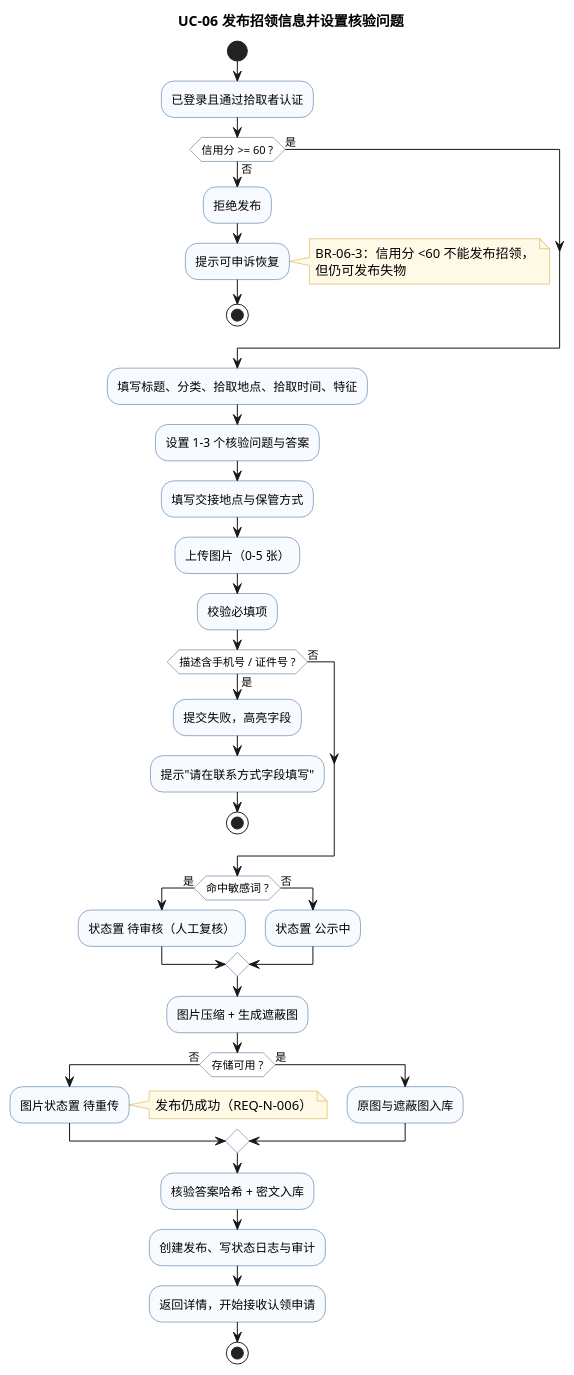
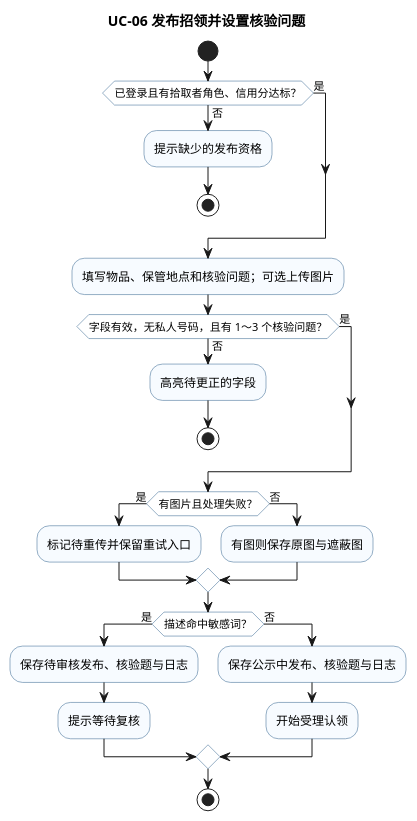
The diagram in models/sequence/act-uc06-publish-found.puml (phao90016-jpg/Tongji-campus-lost-found), drawn with PlantUML before and after one commit. The commit also changed 30 other files, not shown here.

Commit message:
docs: 修正用例图和通知时序图

```diff
--- a/models/sequence/act-uc06-publish-found.puml
+++ b/models/sequence/act-uc06-publish-found.puml
@@ -1,69 +1,37 @@
 @startuml act-uc06-publish-found
-' ============================================================
-' UC-06 发布招领信息并设置核验问题 · 活动图
-' 对应 SRS §4.1
-' ============================================================
-title UC-06 发布招领信息并设置核验问题
-
-skinparam defaultFontName "Microsoft YaHei"
+title UC-06 发布招领并设置核验问题
+skinparam defaultFontName "PingFang SC"
 skinparam shadowing false
 skinparam activity {
   BackgroundColor #F7FBFF
   BorderColor #2C5F8A
   DiamondBackgroundColor #FFFFFF
 }
-skinparam note {
-  BackgroundColor #FFF9E6
-  BorderColor #C9A227
-}
 
 start
 
-:已登录且通过拾取者认证;
-
-if (信用分 >= 60 ?) then (否)
-  :拒绝发布;
-  :提示可申诉恢复;
-  note right
-    BR-06-3：信用分 <60 不能发布招领，
-    但仍可发布失物
-  end note
+if (已登录且有拾取者角色、信用分达标？) then (是)
+else (否)
+  :提示缺少的发布资格;
   stop
-else (是)
 endif
-
-:填写标题、分类、拾取地点、拾取时间、特征;
-:设置 1–3 个核验问题与答案;
-:填写交接地点与保管方式;
-:上传图片（0–5 张）;
-
-:校验必填项;
-
-if (描述含手机号 / 证件号 ?) then (是)
-  :提交失败，高亮字段;
-  :提示"请在联系方式字段填写";
+:填写物品、保管地点和核验问题；可选上传图片;
+if (字段有效，无私人号码，且有 1～3 个核验问题？) then (是)
+else (否)
+  :高亮待更正的字段;
   stop
+endif
+if (有图片且处理失败？) then (是)
+  :标记待重传并保留重试入口;
 else (否)
+  :有图则保存原图与遮蔽图;
 endif
-
-if (命中敏感词 ?) then (是)
-  :状态置 待审核（人工复核）;
+if (描述命中敏感词？) then (是)
+  :保存待审核发布、核验题与日志;
+  :提示等待复核;
 else (否)
-  :状态置 公示中;
+  :保存公示中发布、核验题与日志;
+  :开始受理认领;
 endif
-
-:图片压缩 + 生成遮蔽图;
-if (存储可用 ?) then (否)
-  :图片状态置 待重传;
-  note right : 发布仍成功（REQ-N-006）
-else (是)
-  :原图与遮蔽图入库;
-endif
-
-:核验答案哈希 + 密文入库;
-:创建发布、写状态日志与审计;
-:返回详情，开始接收认领申请;
-
 stop
-
 @enduml
```
